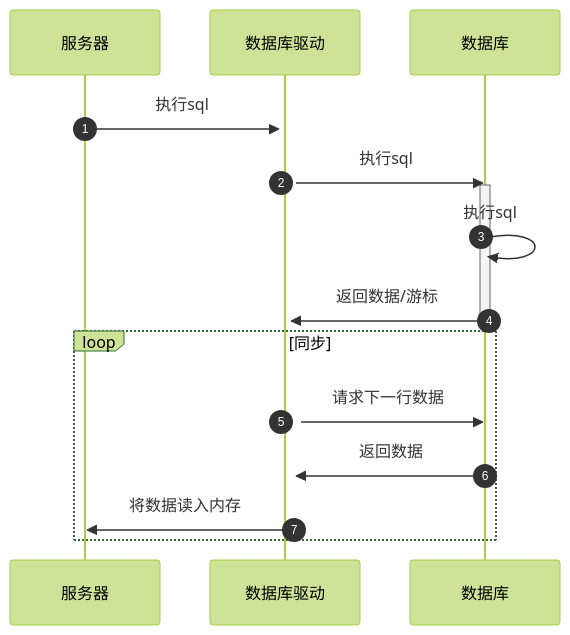
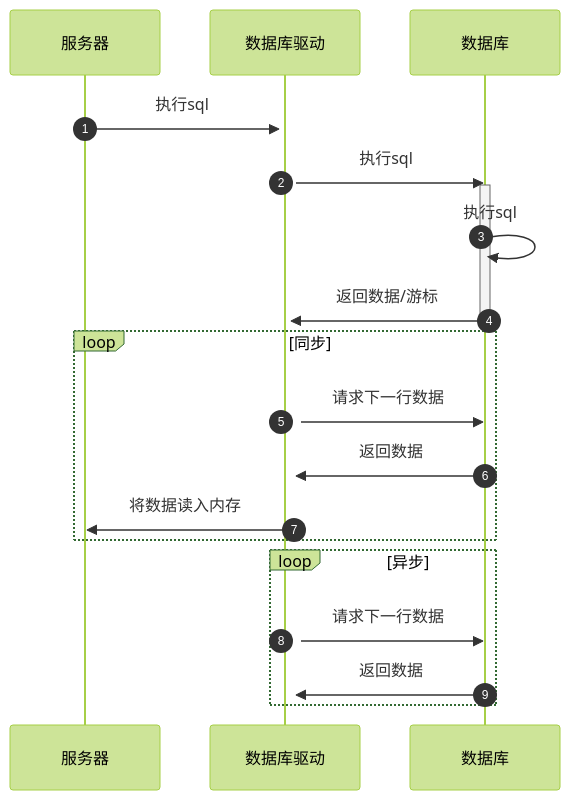
One commit to HY-10-8/iodraw-files changed the diagram in all/AI-服务查询数据.md. Above: the diagram before and after it, drawn with Mermaid (forest theme).

Commit message:
2025-11-27 17:45:02 update

````diff
--- a/all/AI-服务查询数据.md
+++ b/all/AI-服务查询数据.md
@@ -1,19 +1,23 @@
 ```mermaid
 sequenceDiagram
     autonumber
     服务器->>+数据库驱动: 执行sql
     数据库驱动->>数据库:执行sql
 
     activate 数据库
     数据库->>数据库: 执行sql
     数据库->>+数据库驱动: 返回数据/游标
     deactivate 数据库
 
     loop 同步
         数据库驱动->>数据库: 请求下一行数据
         数据库->>数据库驱动: 返回数据
         数据库驱动->>服务器: 将数据读入内存
     end
 
+    loop 异步
+        数据库驱动->>数据库: 请求下一行数据
+        数据库->>数据库驱动: 返回数据
+    end
 
 ```
````
